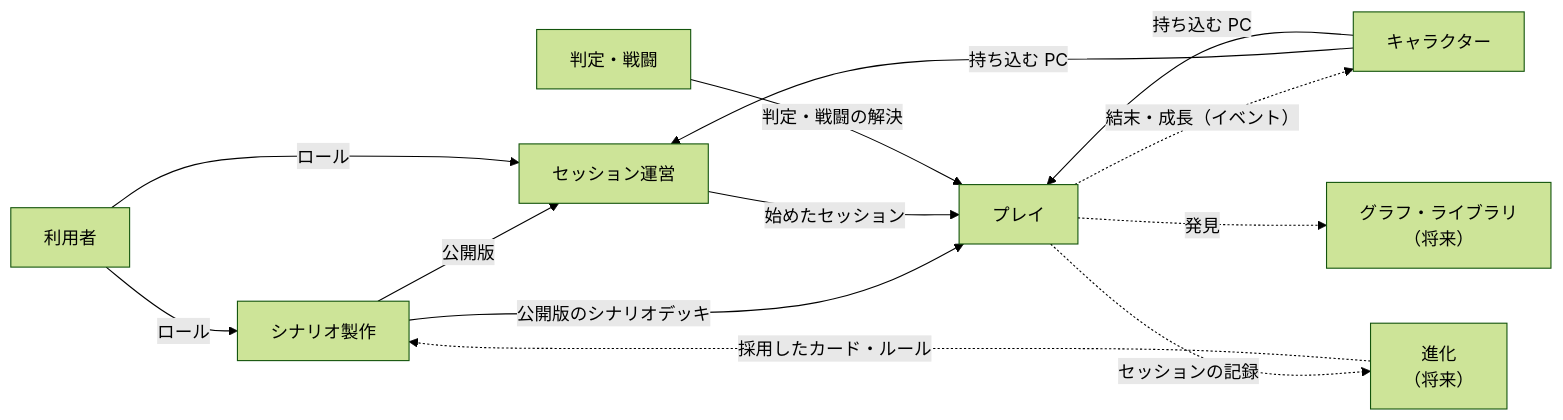
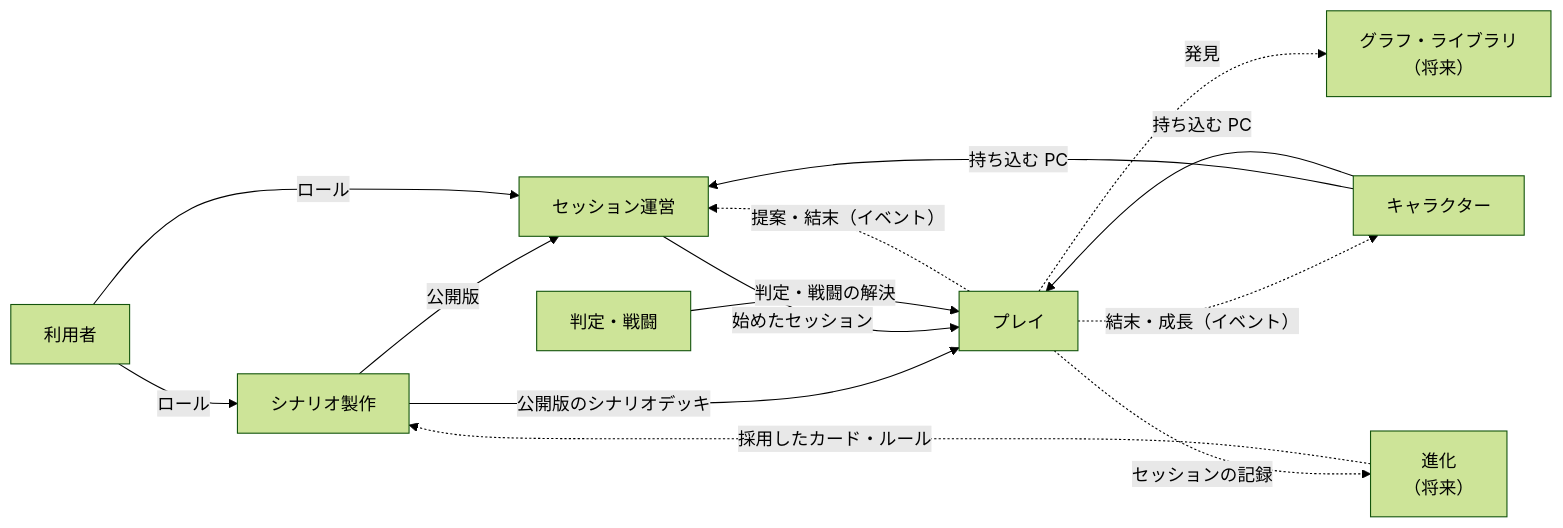
Before and after one commit to hibohiboo/CarTaGraphFantasy: the diagram in docs/architecture/bounded-contexts.md, drawn with Mermaid (forest theme). The commit also changed other lines of this file and 3 other files, not shown here.

````diff
--- a/docs/architecture/bounded-contexts.md
+++ b/docs/architecture/bounded-contexts.md
@@ -35,24 +35,25 @@
 ```mermaid
 flowchart LR
   scenario[シナリオ製作]
   ops[セッション運営]
   play[プレイ]
   rules[判定・戦闘]
   chara[キャラクター]
   user[利用者]
   library[グラフ・ライブラリ<br/>（将来）]
   evo[進化<br/>（将来）]
 
   scenario -- 公開版 --> ops
   scenario -- 公開版のシナリオデッキ --> play
   ops -- 始めたセッション --> play
+  play -. 提案・結末（イベント） .-> ops
   chara -- 持ち込む PC --> ops
   chara -- 持ち込む PC --> play
   play -. 結末・成長（イベント） .-> chara
   rules -- 判定・戦闘の解決 --> play
   user -- ロール --> ops
   user -- ロール --> scenario
   play -. セッションの記録 .-> evo
   play -. 発見 .-> library
   evo -. 採用したカード・ルール .-> scenario
 ```
````
